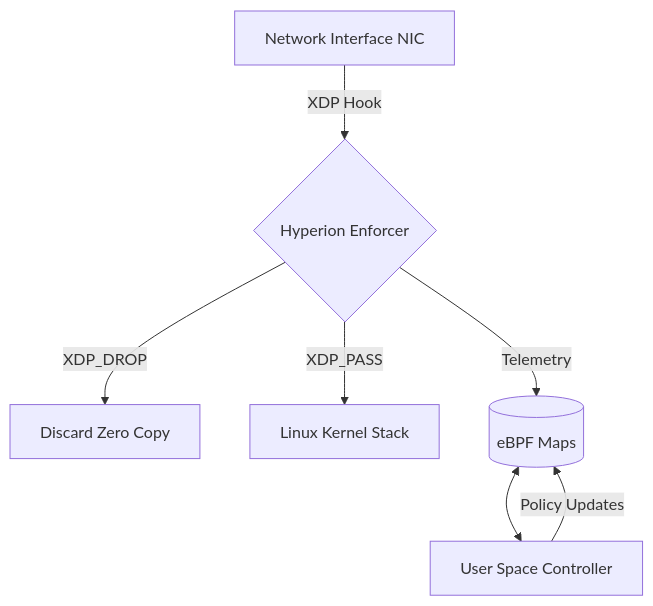
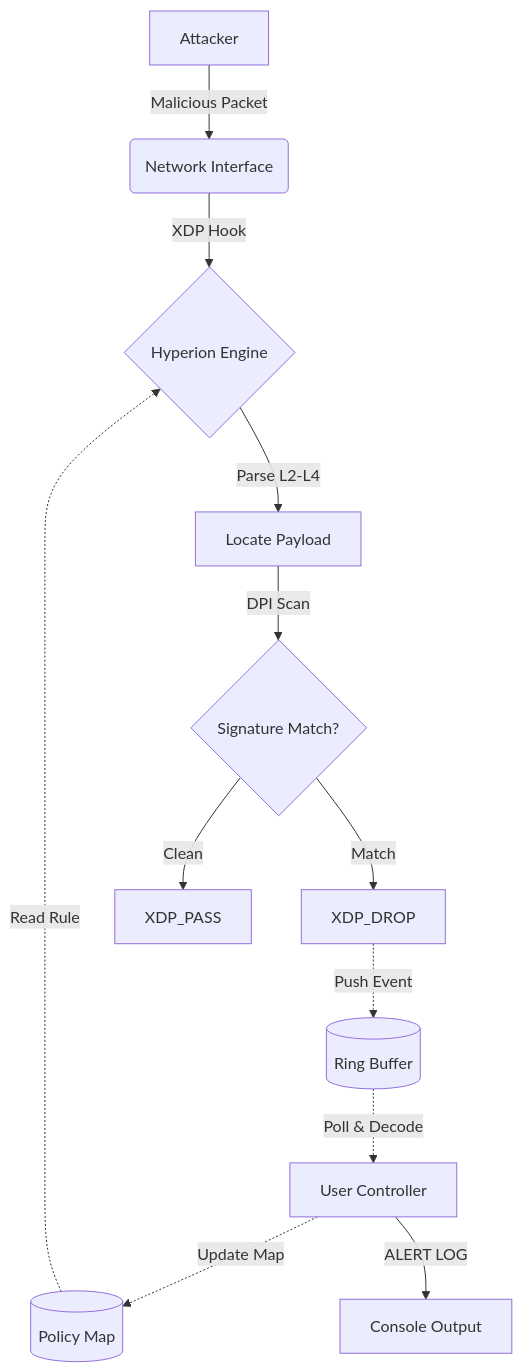
The diagram in src/content/docs/hyperion/mission.md (nevinshine/system-security-research-dossier), drawn with Mermaid before and after one commit. The commit also changed other lines of this file and 11 other files, not shown here.

````diff
--- a/src/content/docs/hyperion/mission.md
+++ b/src/content/docs/hyperion/mission.md
@@ -34,10 +17,22 @@
 ```mermaid
 graph TD
-    A[Network Interface NIC] -->|XDP Hook| B{Hyperion Enforcer}
-    B -- XDP_DROP --> C[Discard Zero Copy]
-    B -- XDP_PASS --> D[Linux Kernel Stack]
-    B -- Telemetry --> E[(eBPF Maps)]
-    E <--> F[User Space Controller]
-    F -->|Policy Updates| E
+    A[Attacker] -->|Malicious Packet| B(Network Interface)
+    B -->|XDP Hook| C{Hyperion Engine}
+    
+    %% Dynamic Policy Flow
+    U[User Controller] -.->|Update Map| P[(Policy Map)]
+    P -.->|Read Rule| C
+    
+    C -->|Parse L2-L4| D[Locate Payload]
+    D -->|DPI Scan| E{Signature Match?}
+    
+    %% Decision Flow
+    E -- Match --> F[XDP_DROP]
+    E -- Clean --> G[XDP_PASS]
+    
+    %% Telemetry Flow
+    F -.->|Push Event| R[(Ring Buffer)]
+    R -.->|Poll & Decode| U
+    U -->|ALERT LOG| L[Console Output]
 
 ```
````
